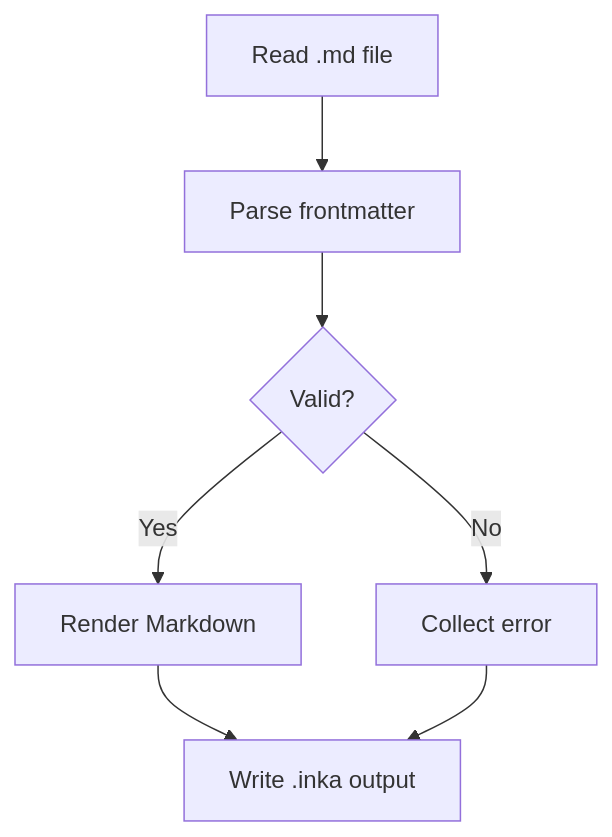
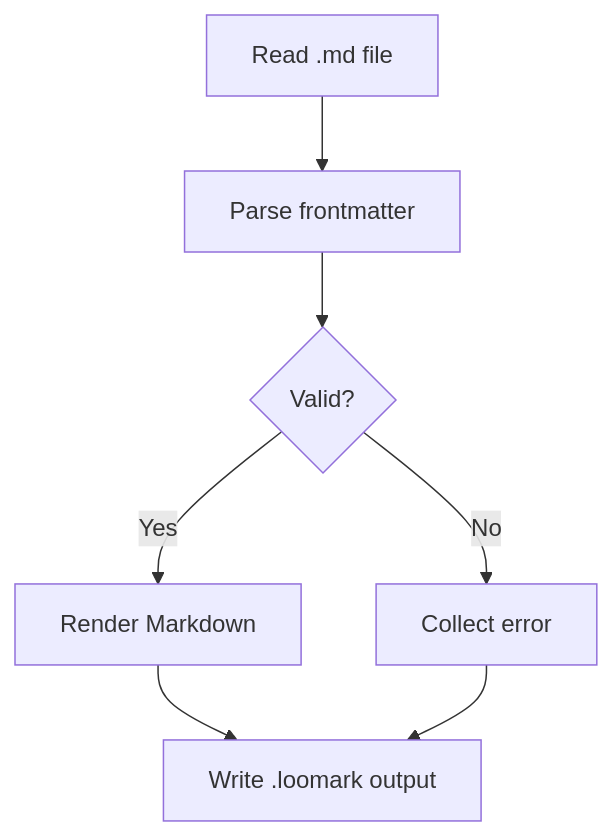
The diagram in examples/next/content/posts/content-pipeline.md (kokhans/inka), drawn with Mermaid before and after one commit. The commit also changed other lines of this file and 97 other files, not shown here.

````diff
--- a/examples/next/content/posts/content-pipeline.md
+++ b/examples/next/content/posts/content-pipeline.md
@@ -11,9 +11,9 @@
 ```mermaid
 flowchart TD
   A[Read .md file] --> B[Parse frontmatter]
   B --> C{Valid?}
   C -->|No| D[Collect error]
   C -->|Yes| E[Render Markdown]
-  E --> F[Write .inka output]
+  E --> F[Write .loomark output]
   D --> F
 ```
````
